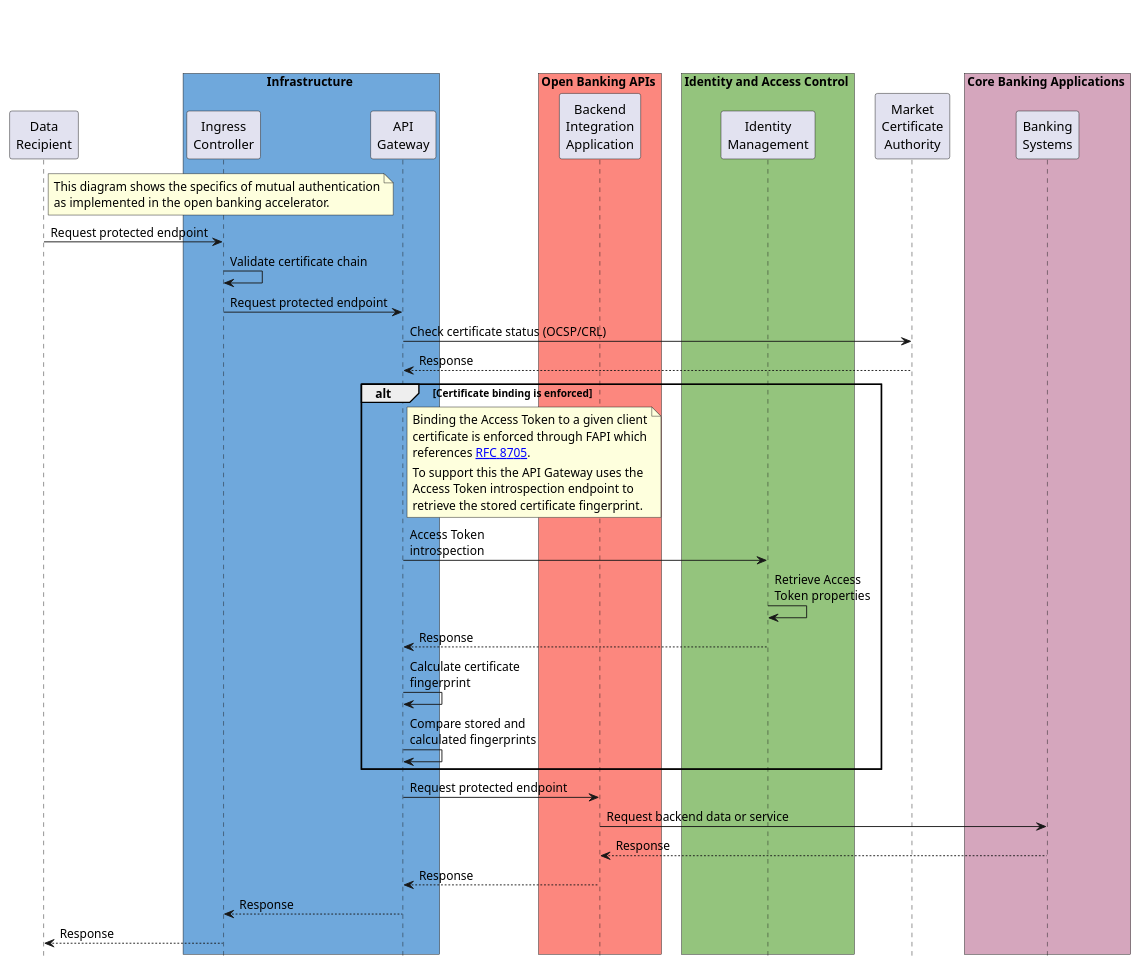
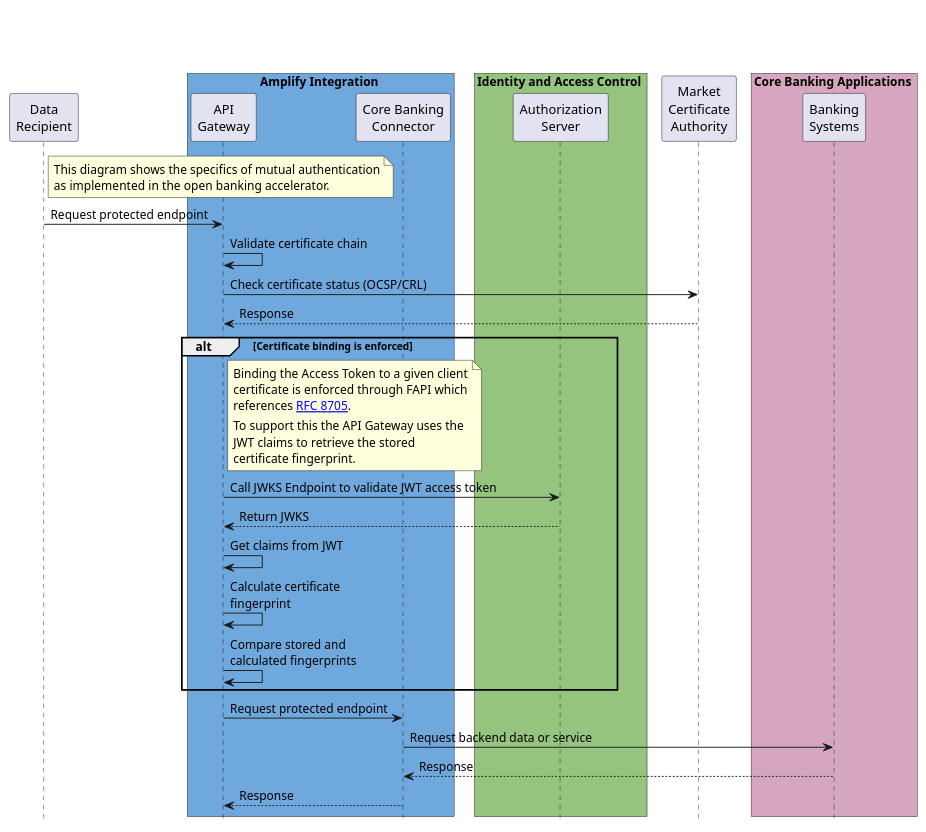
One commit to Axway/open-banking-docs changed the diagram in src/plant-uml/mtls-termination-verification.puml. Above: the diagram before and after it, drawn with PlantUML. The commit also changed 20 other files, not shown here.

Commit message:
updated functional architecture

```diff
--- a/src/plant-uml/mtls-termination-verification.puml
+++ b/src/plant-uml/mtls-termination-verification.puml
@@ -1,69 +1,61 @@
 @startuml Mutual_Authentication_Sequence
 
 title \n\n
 
 participant "Data\nRecipient" as DR
 
-box Infrastructure #6FA8DC
-participant "Ingress\nController" as INGRESS
+box Amplify Integration #6FA8DC
 participant "API\nGateway" as API_GATEWAY
-end box
-
-box Open Banking APIs #fc877e 
-'participant "API\nGateway" as API_GATEWAY
-participant "Backend\nIntegration\nApplication" as BIA
+participant "Core Banking\nConnector" as CBC
 end box
 
 box Identity and Access Control #94c47d
-participant "Identity\nManagement" as IAM
+participant "Authorization\nServer" as IAM
 end box
 
 participant "Market\nCertificate\nAuthority" as CA
 ' participant "JSON Web\nKey Set" as OBD_JWKS
 
 box Core Banking Applications #d5a6bd
 participant "Banking\nSystems" as ASPSP_API
 end box
 
 hide footbox
 'skinparam defaultFontName Roboto
 skinparam BoxPadding 10
 
 note right of DR
 This diagram shows the specifics of mutual authentication
 as implemented in the open banking accelerator.
 end note
 
-DR -> INGRESS: Request protected endpoint
-INGRESS -> INGRESS: Validate certificate chain
-INGRESS -> API_GATEWAY: Request protected endpoint
+DR -> API_GATEWAY: Request protected endpoint
+API_GATEWAY -> API_GATEWAY: Validate certificate chain
 API_GATEWAY -> CA: Check certificate status (OCSP/CRL)
 API_GATEWAY <-- CA: Response
 
 alt Certificate binding is enforced
 
 note right of API_GATEWAY
 Binding the Access Token to a given client
 certificate is enforced through FAPI which
 references [[https://datatracker.ietf.org/doc/html/rfc8705 RFC 8705]].
 |||
 To support this the API Gateway uses the
-Access Token introspection endpoint to
-retrieve the stored certificate fingerprint.
+JWT claims to retrieve the stored 
+certificate fingerprint.
 end note
 
-API_GATEWAY -> IAM: Access Token\nintrospection
-IAM -> IAM: Retrieve Access\nToken properties
-API_GATEWAY <-- IAM: Response
+API_GATEWAY -> IAM: Call JWKS Endpoint to validate JWT access token
+API_GATEWAY <-- IAM: Return JWKS
+API_GATEWAY -> API_GATEWAY: Get claims from JWT
 API_GATEWAY -> API_GATEWAY: Calculate certificate\nfingerprint
 API_GATEWAY -> API_GATEWAY: Compare stored and\ncalculated fingerprints
 end alt
 
-API_GATEWAY -> BIA: Request protected endpoint
-BIA -> ASPSP_API: Request backend data or service
-BIA <-- ASPSP_API: Response
-API_GATEWAY <-- BIA: Response
-INGRESS <-- API_GATEWAY: Response
-DR <-- INGRESS: Response
+API_GATEWAY -> CBC: Request protected endpoint
+CBC -> ASPSP_API: Request backend data or service
+CBC <-- ASPSP_API: Response
+API_GATEWAY <-- CBC: Response
 
 @enduml
```
